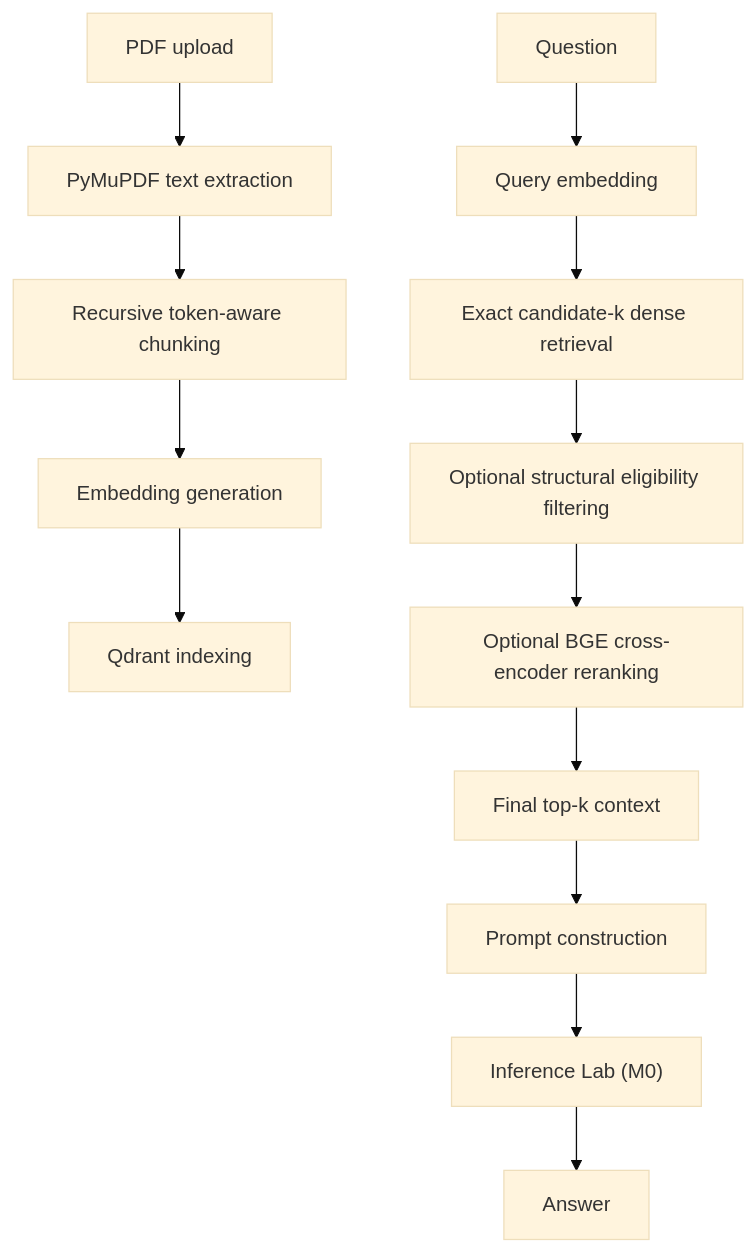
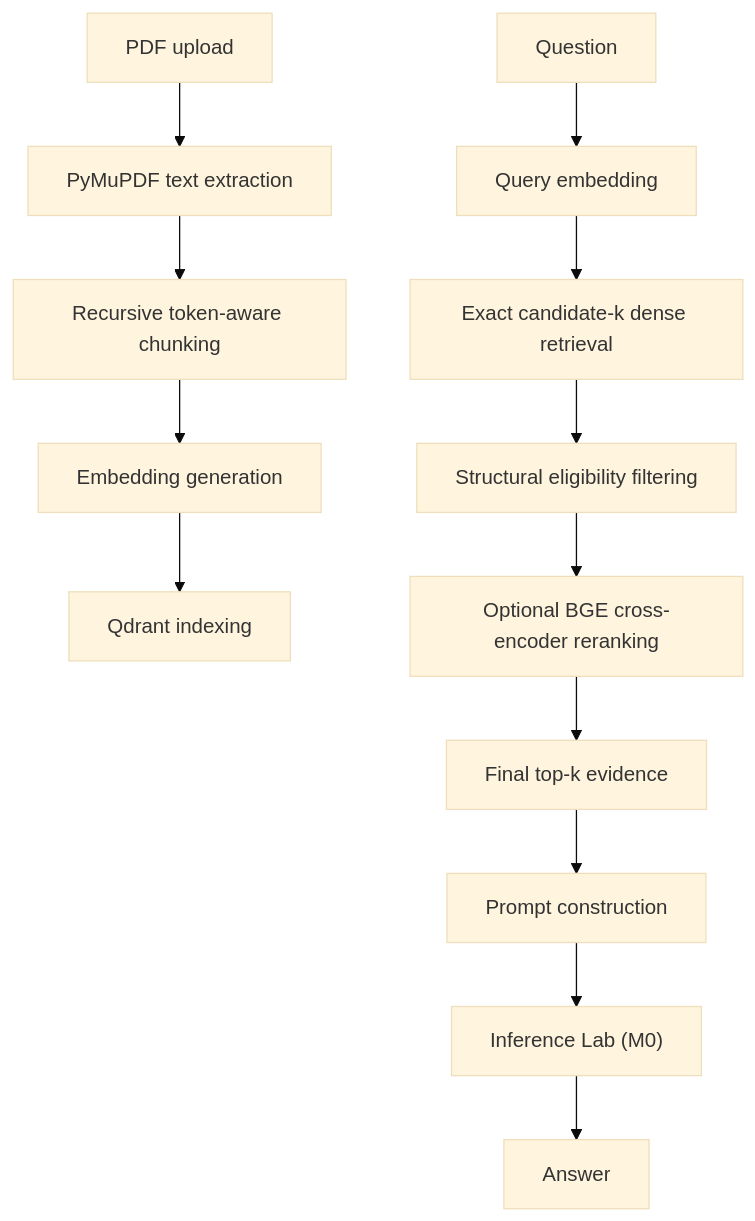
Before and after one commit to Jaival-Suthar/pdf-rag-system: the diagram in README.md, drawn with Mermaid (base theme). The commit also changed other lines of this file and 1 other file, not shown here.

````diff
--- a/README.md
+++ b/README.md
@@ -52,15 +78,16 @@
 ```mermaid
 flowchart TD
     A["PDF upload"] --> B["PyMuPDF text extraction"]
     B --> C["Recursive token-aware chunking"]
     C --> D["Embedding generation"]
     D --> E["Qdrant indexing"]
+
     Q["Question"] --> R["Query embedding"]
     R --> S["Exact candidate-k dense retrieval"]
-    S --> T["Optional structural eligibility filtering"]
+    S --> T["Structural eligibility filtering"]
     T --> U["Optional BGE cross-encoder reranking"]
-    U --> V["Final top-k context"]
+    U --> V["Final top-k evidence"]
     V --> W["Prompt construction"]
     W --> X["Inference Lab (M0)"]
     X --> Y["Answer"]
 ```
````
